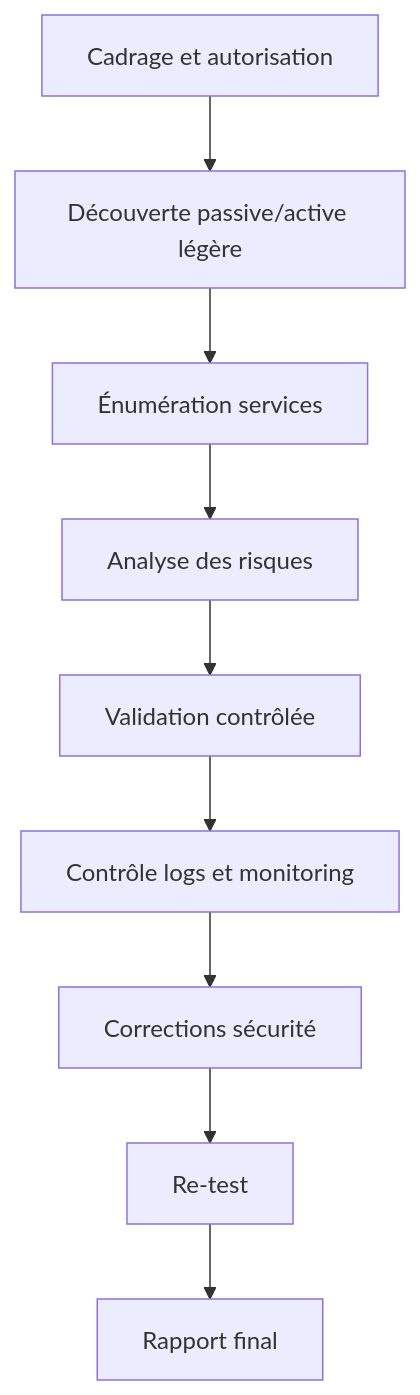
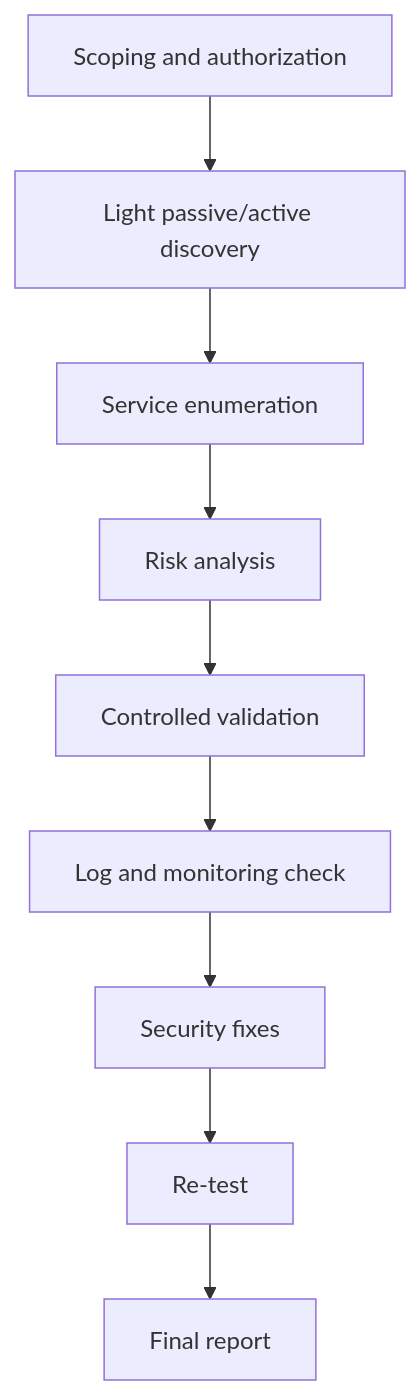
The seventh of 7 diagrams in README.md (xbkh/showroom-hp-infrastructure), drawn with Mermaid before and after one commit. The commit also changed other lines of this file, not shown here.

````diff
--- a/README.md
+++ b/README.md
@@ -958,11 +962,11 @@
 ```mermaid
 flowchart TB
-    SCOPE[Cadrage et autorisation] --> DISC[Découverte passive/active légère]
-    DISC --> ENUM[Énumération services]
-    ENUM --> ANALYZE[Analyse des risques]
-    ANALYZE --> VALID[Validation contrôlée]
-    VALID --> DETECT[Contrôle logs et monitoring]
-    DETECT --> FIX[Corrections sécurité]
+    SCOPE[Scoping and authorization] --> DISC[Light passive/active discovery]
+    DISC --> ENUM[Service enumeration]
+    ENUM --> ANALYZE[Risk analysis]
+    ANALYZE --> VALID[Controlled validation]
+    VALID --> DETECT[Log and monitoring check]
+    DETECT --> FIX[Security fixes]
     FIX --> RETEST[Re-test]
-    RETEST --> REPORT[Rapport final]
+    RETEST --> REPORT[Final report]
 ```
````
